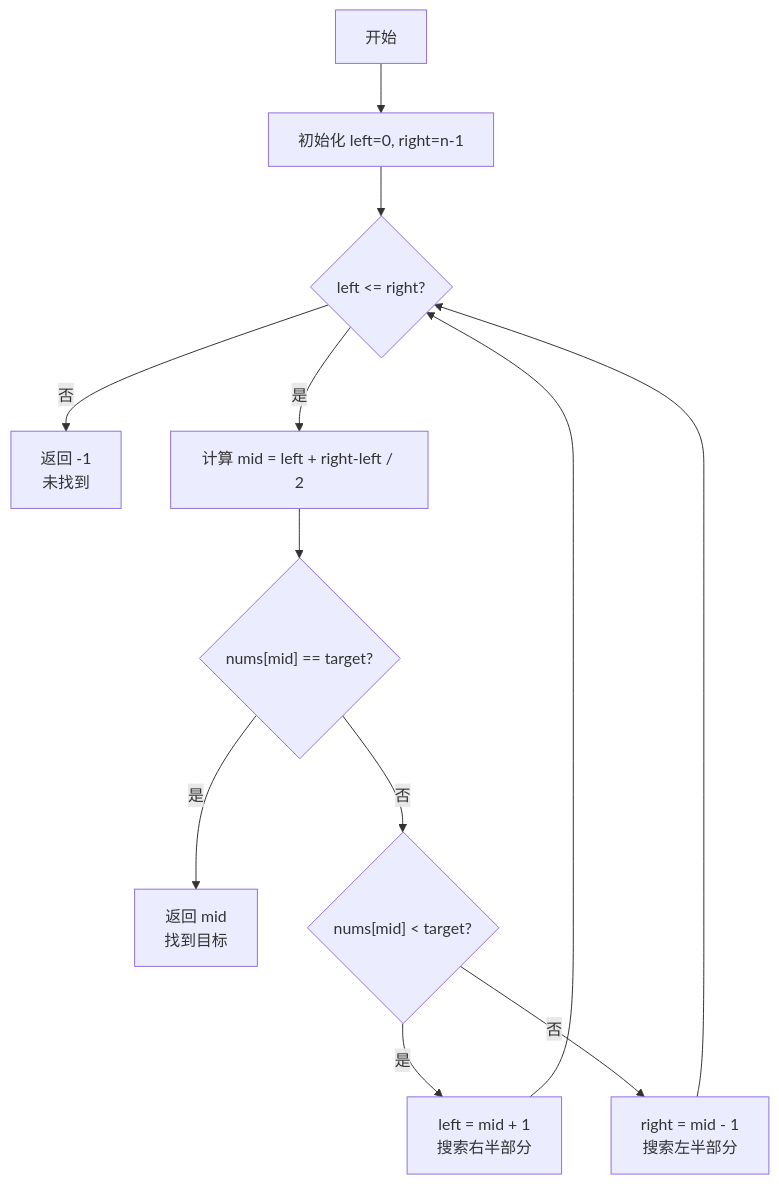
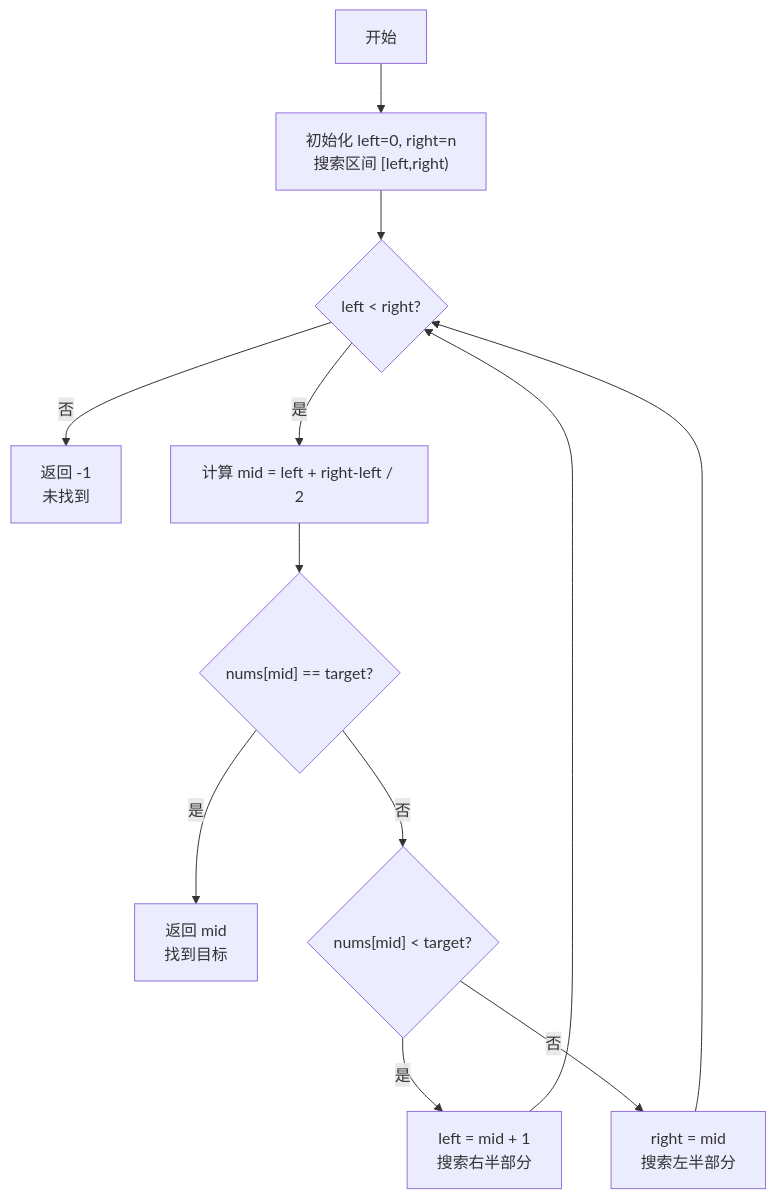
One commit to mlbo/cpp_learning changed the first of 2 diagrams in week_01/day_06/README.md. Above: the diagram before and after it, drawn with Mermaid. The commit also changed other lines of this file and 675 other files, not shown here.

````diff
--- a/week_01/day_06/README.md
+++ b/week_01/day_06/README.md
@@ -186,14 +230,14 @@
 ```mermaid
 flowchart TD
-    A[开始] --> B[初始化 left=0, right=n-1]
-    B --> C{left <= right?}
+    A[开始] --> B["初始化 left=0, right=n<br/>搜索区间 [left,right)"]
+    B --> C{left < right?}
     C -->|否| D["返回 -1<br/>未找到"]
     C -->|是| E[计算 mid = left + right-left / 2]
     E --> F{"nums[mid] == target?"}
     F -->|是| G["返回 mid<br/>找到目标"]
     F -->|否| H{"nums[mid] < target?"}
     H -->|是| I["left = mid + 1<br/>搜索右半部分"]
-    H -->|否| J["right = mid - 1<br/>搜索左半部分"]
+    H -->|否| J["right = mid<br/>搜索左半部分"]
     I --> C
     J --> C
 ```
````
